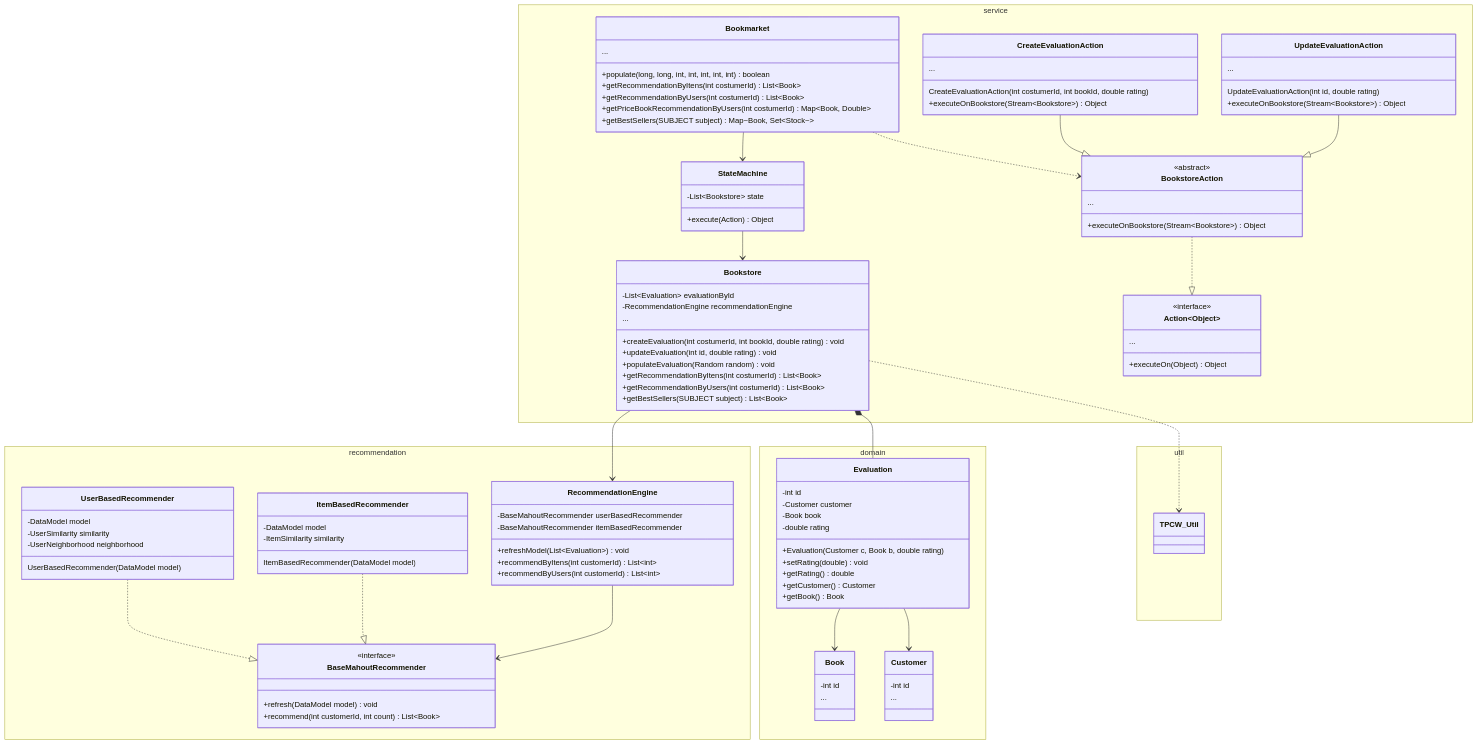
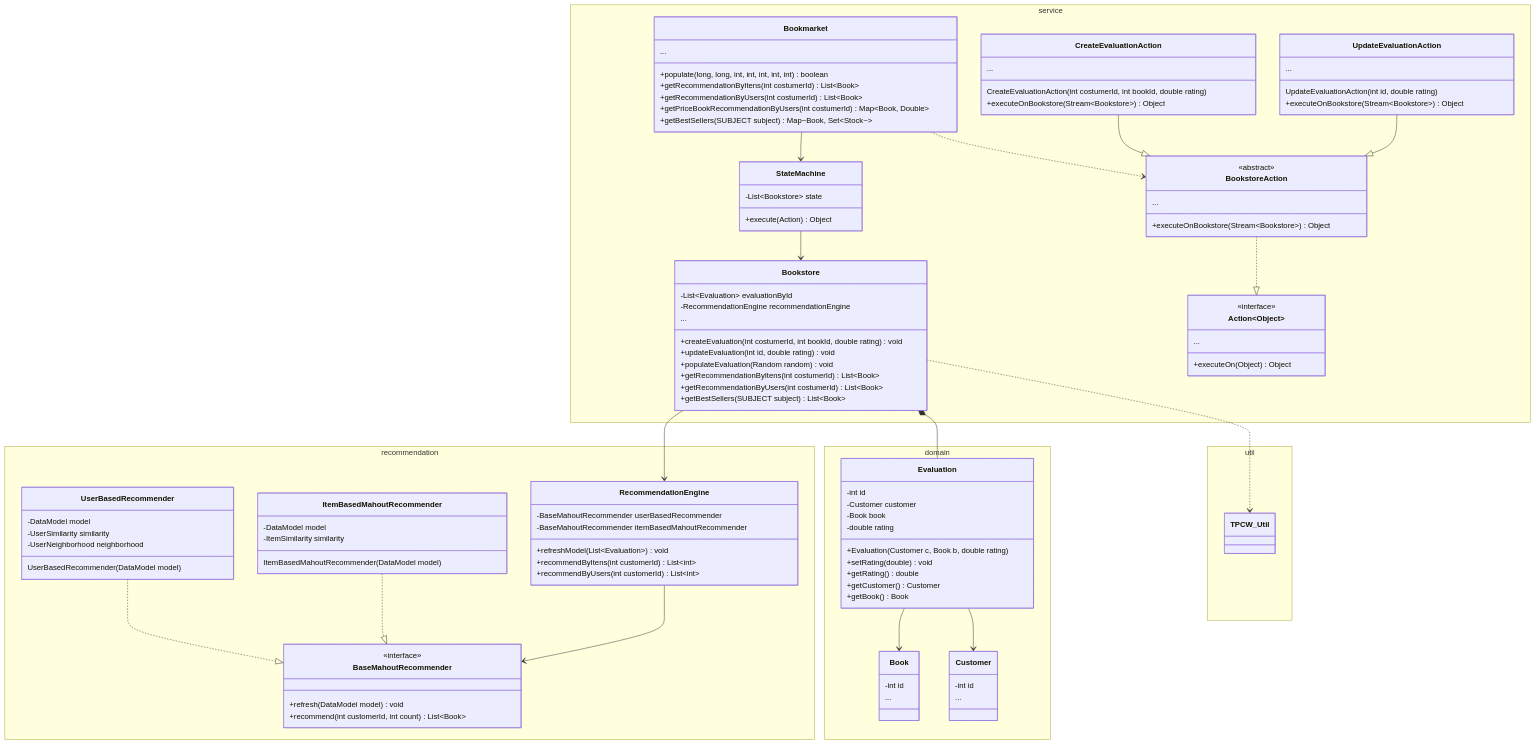
Before and after one commit to melissamcarvalho/inf329-bookmarket: the diagram in README.md, drawn with Mermaid. The commit also changed 2 other files, not shown here.

Commit message:
Rename ItemBasedRecommender to ItemBasedMahoutRecommender for consistency

```diff
--- a/README.md
+++ b/README.md
@@ -55,15 +55,15 @@
             UserBasedRecommender(DataModel model)
         }
 
-        class ItemBasedRecommender {
+        class ItemBasedMahoutRecommender {
             -DataModel model
             -ItemSimilarity similarity
-            ItemBasedRecommender(DataModel model)
+            ItemBasedMahoutRecommender(DataModel model)
         }
 
         class RecommendationEngine  {
             -BaseMahoutRecommender userBasedRecommender
-            -BaseMahoutRecommender itemBasedRecommender
+            -BaseMahoutRecommender itemBasedMahoutRecommender
             +refreshModel(List~Evaluation~) void
             +recommendByItens(int customerId) List~int~
             +recommendByUsers(int customerId) List~int~
@@ -125,7 +125,7 @@
     Bookstore --> RecommendationEngine
     RecommendationEngine --> BaseMahoutRecommender
     UserBasedRecommender ..|> BaseMahoutRecommender
-    ItemBasedRecommender ..|> BaseMahoutRecommender
+    ItemBasedMahoutRecommender ..|> BaseMahoutRecommender
 
 %% Relacionamentos do Dominio
     Evaluation --> Book
```
